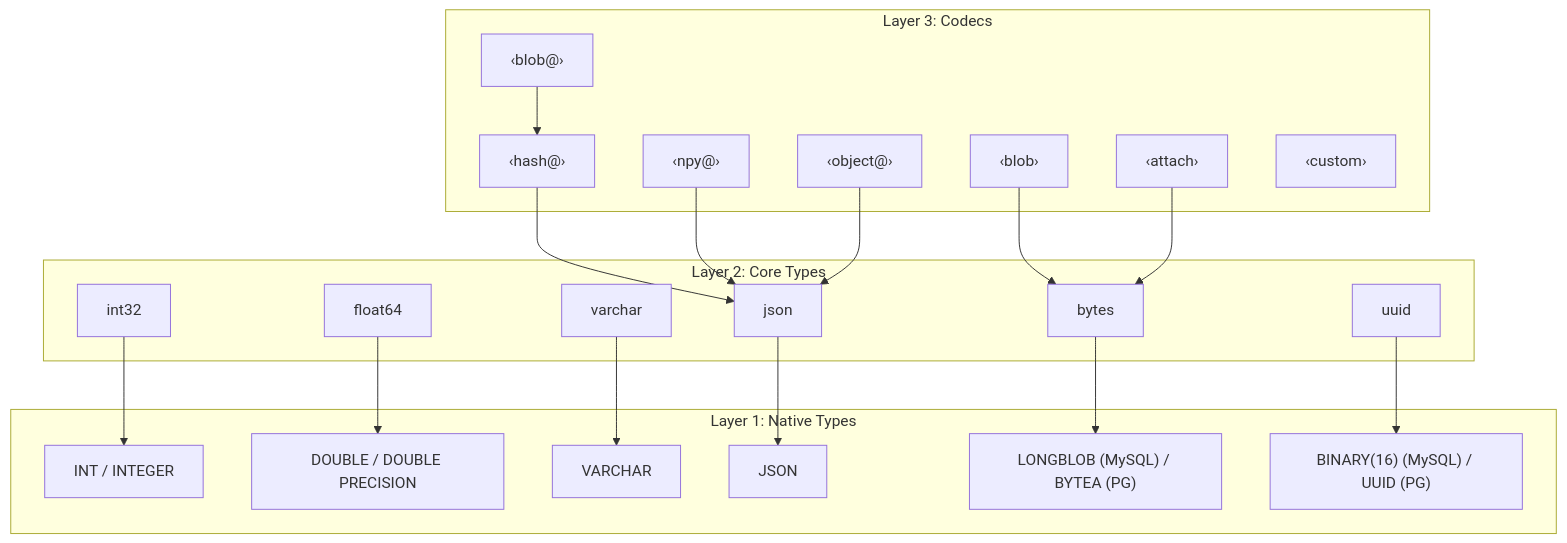
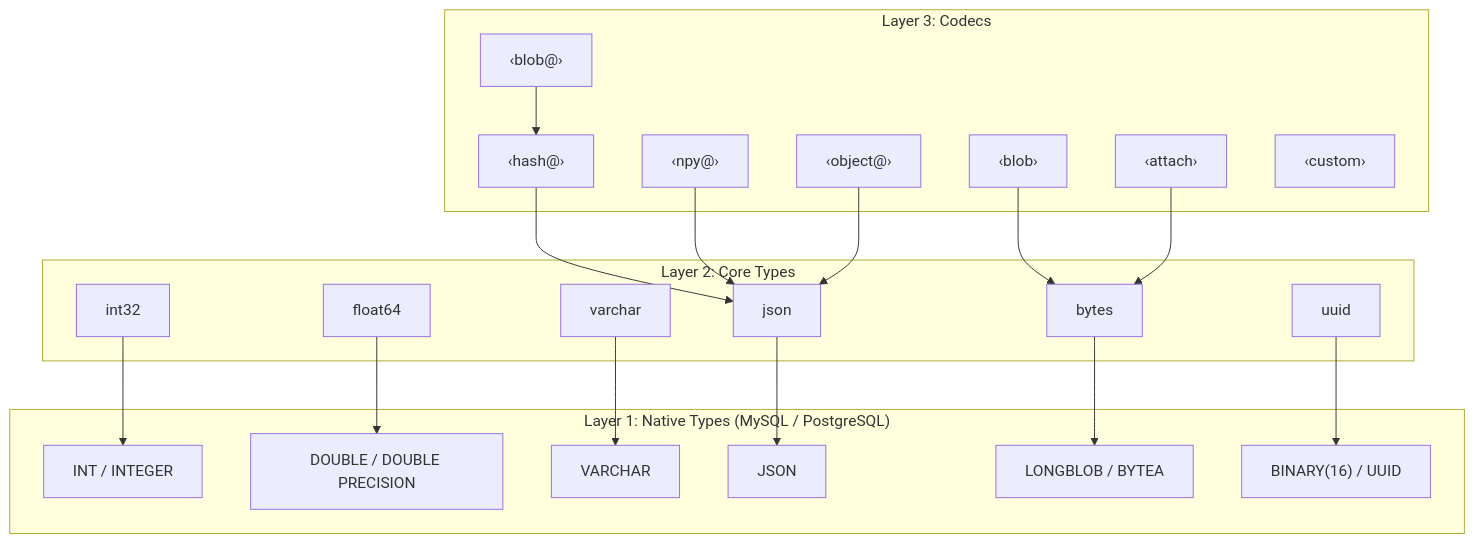
Before and after one commit to datajoint/datajoint-docs: the diagram in src/explanation/type-system.md, drawn with Mermaid.

Commit message:
docs: Move MySQL/PostgreSQL label to layer title for cleaner boxes

````diff
--- a/src/explanation/type-system.md
+++ b/src/explanation/type-system.md
@@ -11,42 +11,42 @@
 ```mermaid
 graph TB
     subgraph "Layer 3: Codecs"
         blob["‹blob›"]
         blob_at["‹blob@›"]
         attach["‹attach›"]
         npy["‹npy@›"]
         object["‹object@›"]
         hash["‹hash@›"]
         custom["‹custom›"]
     end
     subgraph "Layer 2: Core Types"
         int32
         float64
         varchar
         json
         bytes
         uuid
     end
-    subgraph "Layer 1: Native Types"
+    subgraph "Layer 1: Native Types (MySQL / PostgreSQL)"
         INT["INT / INTEGER"]
         DOUBLE["DOUBLE / DOUBLE PRECISION"]
         VARCHAR_N["VARCHAR"]
         JSON_N["JSON"]
-        BYTES_N["LONGBLOB (MySQL) / BYTEA (PG)"]
-        UUID_N["BINARY(16) (MySQL) / UUID (PG)"]
+        BYTES_N["LONGBLOB / BYTEA"]
+        UUID_N["BINARY(16) / UUID"]
     end
 
     blob --> bytes
     blob_at --> hash
     hash --> json
     attach --> bytes
     npy --> json
     object --> json
 
     bytes --> BYTES_N
     json --> JSON_N
     int32 --> INT
     float64 --> DOUBLE
     varchar --> VARCHAR_N
     uuid --> UUID_N
 ```
````
